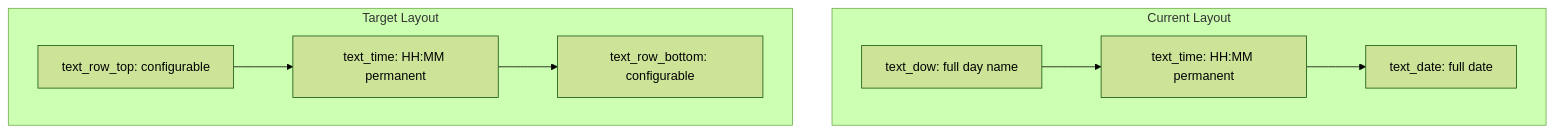
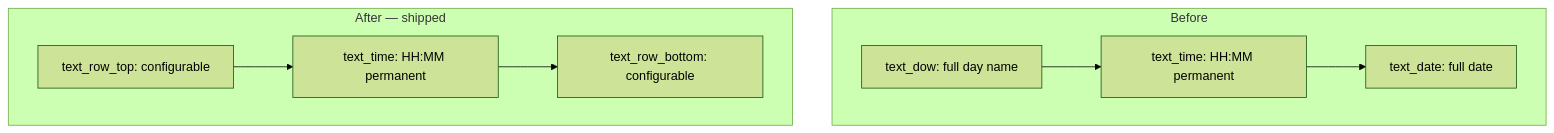
One commit to ygalanter/Clean_and_Smart changed the first of 2 diagrams in docs/configurable-display-rows.md. Above: the diagram before and after it, drawn with Mermaid (forest theme). The commit also changed other lines of this file, not shown here.

First line of the commit message:
Update display rows doc to match shipped implementation.

````diff
--- a/docs/configurable-display-rows.md
+++ b/docs/configurable-display-rows.md
@@ -129,16 +139,16 @@
 ```mermaid
 flowchart TB
-  subgraph current [Current Layout]
+  subgraph before [Before]
     dow["text_dow: full day name"]
     time["text_time: HH:MM permanent"]
     date["text_date: full date"]
     dow --> time --> date
   end
 
-  subgraph target [Target Layout]
+  subgraph after [After — shipped]
     top["text_row_top: configurable"]
     time2["text_time: HH:MM permanent"]
     bot["text_row_bottom: configurable"]
     top --> time2 --> bot
   end
 ```
````
